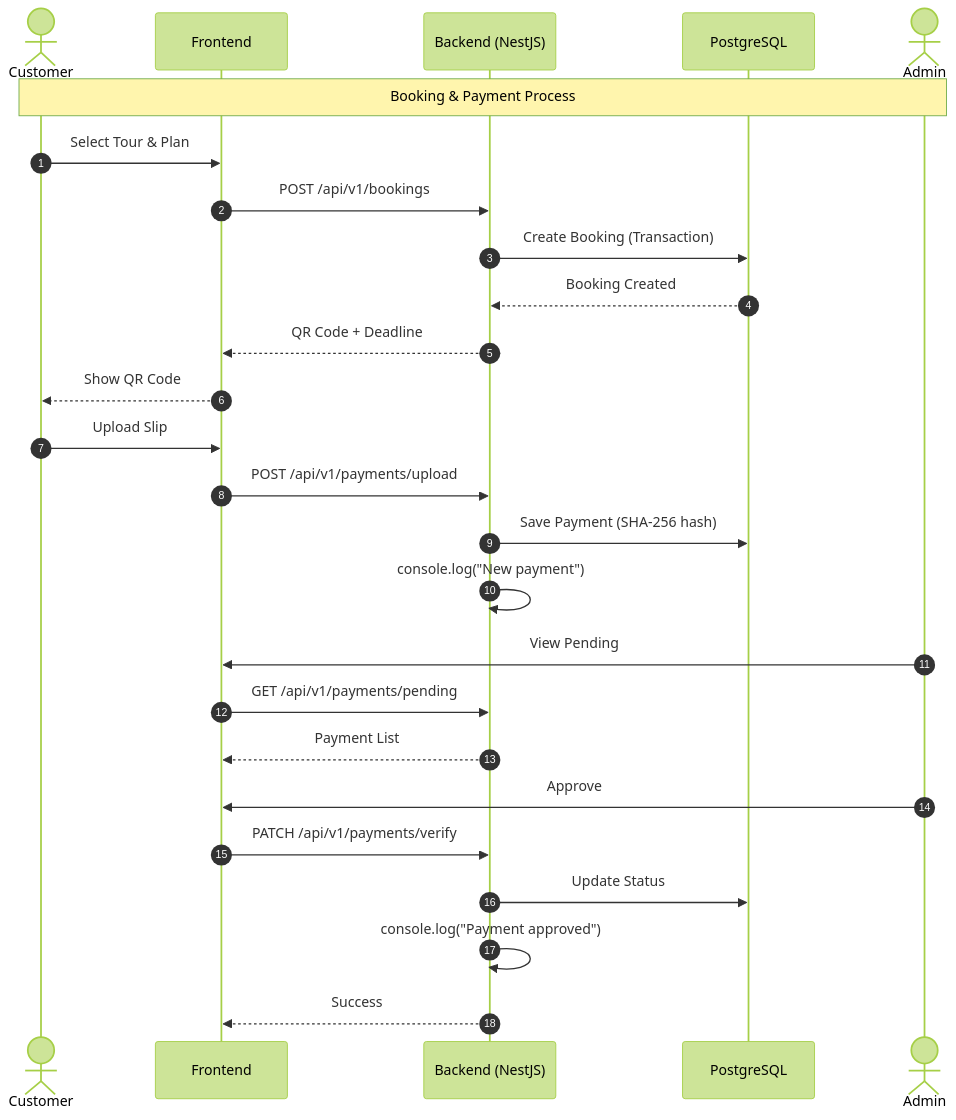
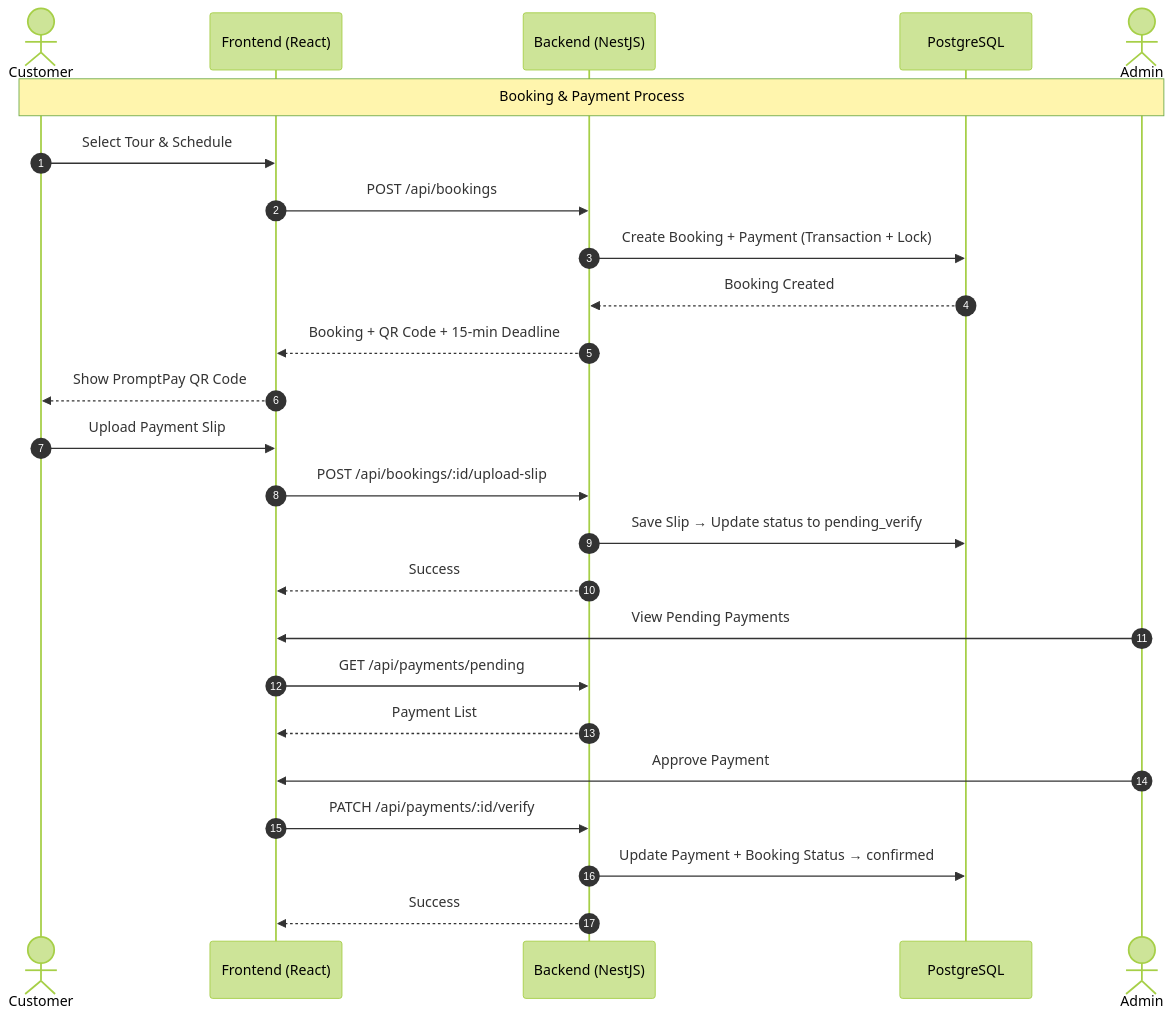
The third of 5 diagrams in system_based/System_Overview.md (psu6810110135/final_porj), drawn with Mermaid (forest theme) before and after one commit. The commit also changed other lines of this file and 6 other files, not shown here.

````diff
--- a/system_based/System_Overview.md
+++ b/system_based/System_Overview.md
@@ -67,33 +96,32 @@
 ```mermaid
 sequenceDiagram
     autonumber
     actor User as Customer
-    participant FE as Frontend
+    participant FE as Frontend (React)
     participant BE as Backend (NestJS)
     participant DB as PostgreSQL
     actor Admin as Admin
 
     Note over User, Admin: Booking & Payment Process
 
-    User->>FE: Select Tour & Plan
-    FE->>BE: POST /api/v1/bookings
-    BE->>DB: Create Booking (Transaction)
+    User->>FE: Select Tour & Schedule
+    FE->>BE: POST /api/bookings
+    BE->>DB: Create Booking + Payment (Transaction + Lock)
     DB-->>BE: Booking Created
-    BE-->>FE: QR Code + Deadline
-    FE-->>User: Show QR Code
+    BE-->>FE: Booking + QR Code + 15-min Deadline
+    FE-->>User: Show PromptPay QR Code
 
-    User->>FE: Upload Slip
-    FE->>BE: POST /api/v1/payments/upload
-    BE->>DB: Save Payment (SHA-256 hash)
-    BE->>BE: console.log("New payment")
+    User->>FE: Upload Payment Slip
+    FE->>BE: POST /api/bookings/:id/upload-slip
+    BE->>DB: Save Slip → Update status to pending_verify
+    BE-->>FE: Success
 
-    Admin->>FE: View Pending
-    FE->>BE: GET /api/v1/payments/pending
+    Admin->>FE: View Pending Payments
+    FE->>BE: GET /api/payments/pending
     BE-->>FE: Payment List
 
-    Admin->>FE: Approve
-    FE->>BE: PATCH /api/v1/payments/verify
-    BE->>DB: Update Status
-    BE->>BE: console.log("Payment approved")
+    Admin->>FE: Approve Payment
+    FE->>BE: PATCH /api/payments/:id/verify
+    BE->>DB: Update Payment + Booking Status → confirmed
     BE-->>FE: Success
 ```
````
